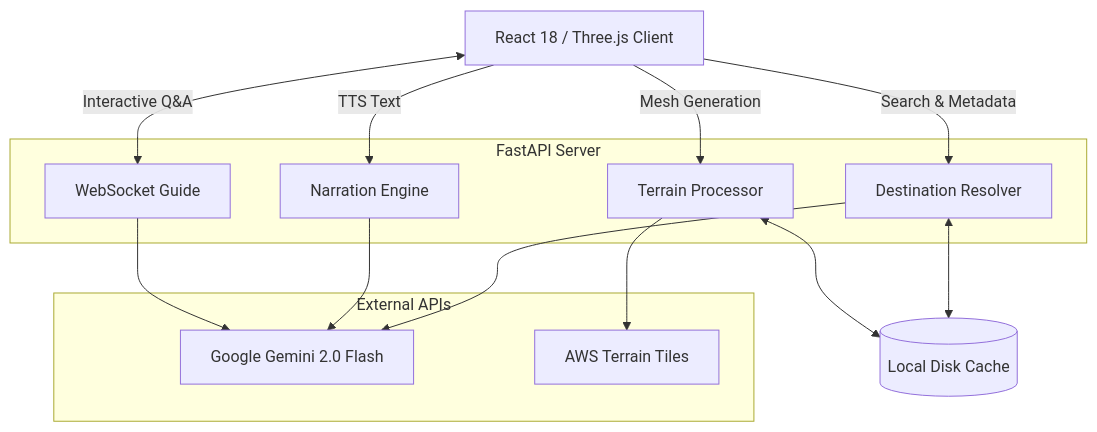
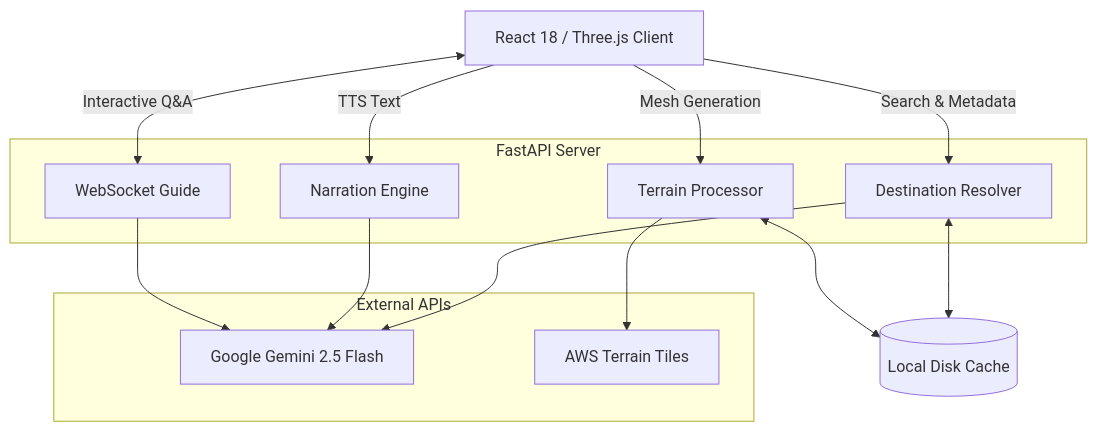
The diagram in README.md (Aaditya-Chunekar/Odyssey), drawn with Mermaid before and after one commit. The commit also changed other lines of this file, not shown here.

Commit message:
docs: replaced  gemini 2.0 flash with gemini 2.5 flash

````diff
--- a/README.md
+++ b/README.md
@@ -104,32 +104,32 @@
 ```mermaid
 flowchart TB
     Client[React 18 / Three.js Client]
     
     subgraph Backend[FastAPI Server]
         Resolve[Destination Resolver]
         Terrain[Terrain Processor]
         Narration[Narration Engine]
         LiveGuide[WebSocket Guide]
     end
     
     subgraph External[External APIs]
-        Gemini[Google Gemini 2.0 Flash]
+        Gemini[Google Gemini 2.5 Flash]
         AWS[AWS Terrain Tiles]
     end
     
     Cache[(Local Disk Cache)]
 
     Client -->|Search & Metadata| Resolve
     Client -->|Mesh Generation| Terrain
     Client -->|TTS Text| Narration
     Client <-->|Interactive Q&A| LiveGuide
 
     Resolve --> Gemini
     Narration --> Gemini
     LiveGuide --> Gemini
     
     Terrain --> AWS
     
     Resolve <--> Cache
     Terrain <--> Cache
 ```
````
